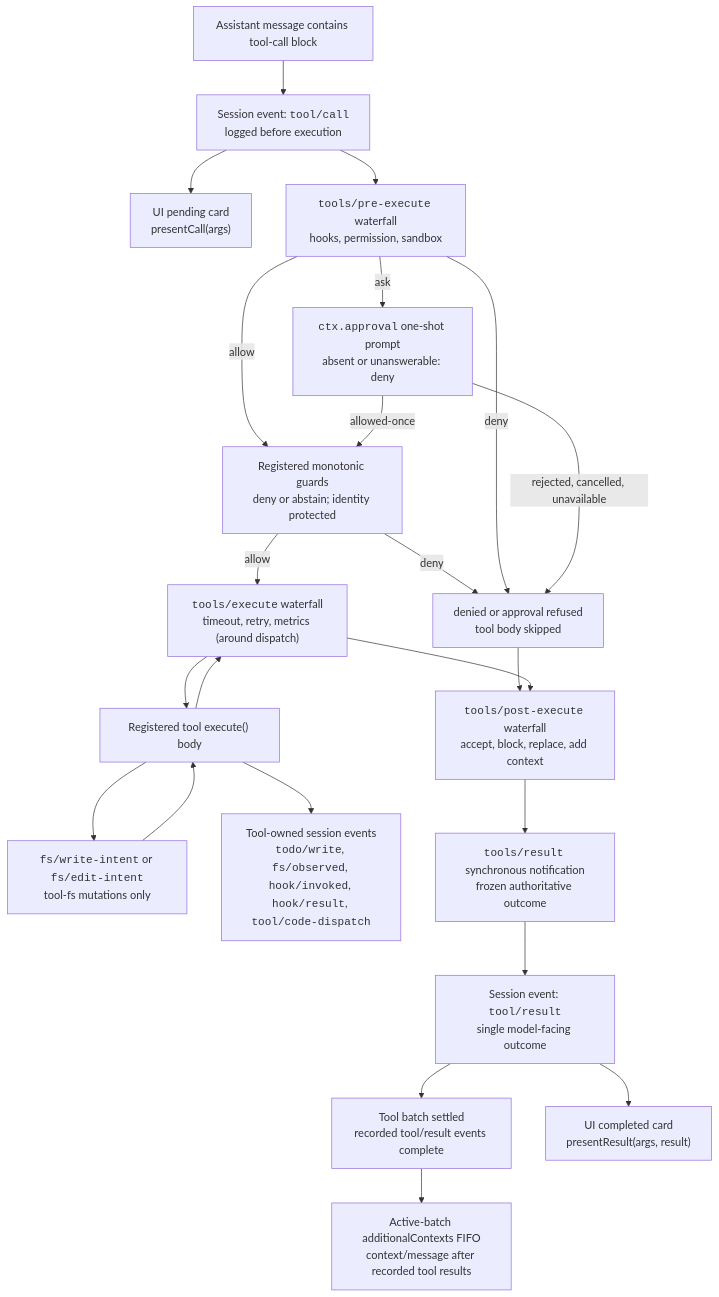
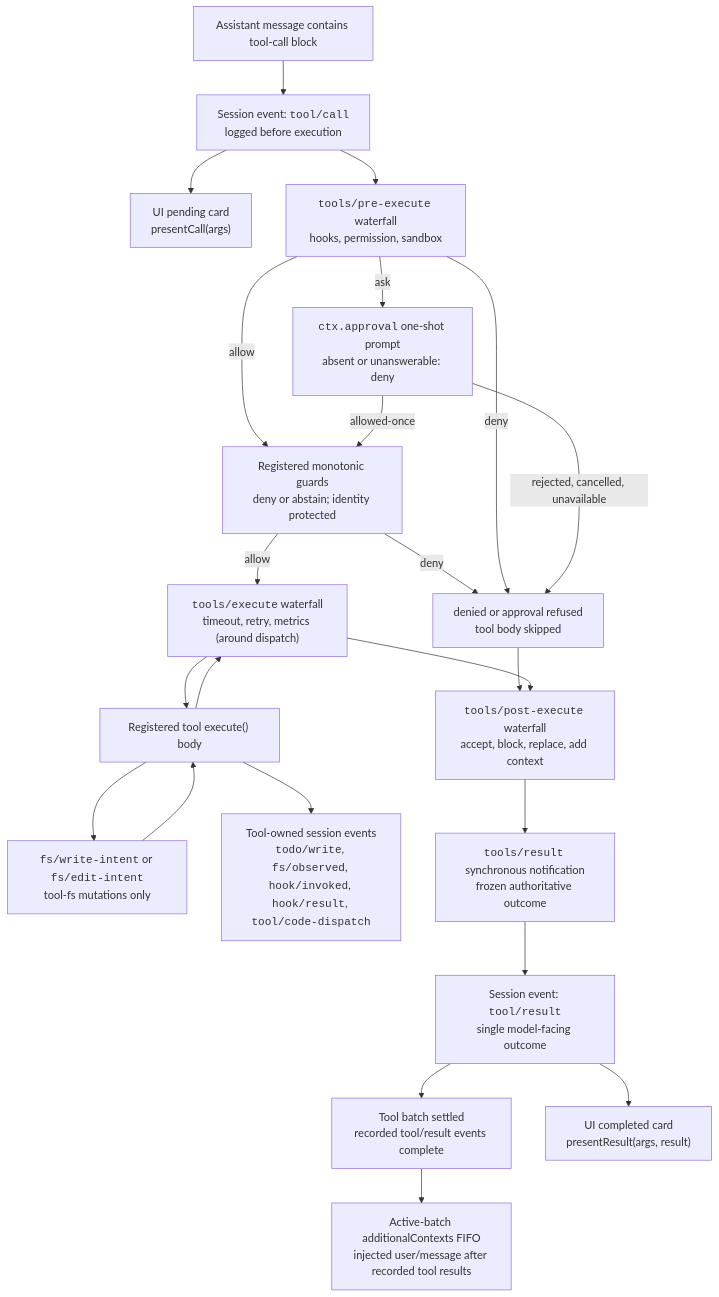
The diagram in docs/tool-execution-pipeline.md (007M7/DeepCode), drawn with Mermaid before and after one commit. The commit also changed 116 other files, not shown here.

First line of the commit message:
feat(agent): unify send(target × wakeup), coalesce context/message into user/message

````diff
--- a/docs/tool-execution-pipeline.md
+++ b/docs/tool-execution-pipeline.md
@@ -8,42 +8,42 @@
 ```mermaid
 flowchart TD
   model["Assistant message contains tool-call block"]
   toolCall["Session event: <code>tool/call</code><br/>logged before execution"]
   presentCall["UI pending card<br/>presentCall(args)"]
   pre["<code>tools/pre-execute</code> waterfall<br/>hooks, permission, sandbox"]
   guards["Registered monotonic guards<br/>deny or abstain; identity protected"]
   denied["denied or approval refused<br/>tool body skipped"]
   approval["<code>ctx.approval</code> one-shot prompt<br/>absent or unanswerable: deny"]
   around["<code>tools/execute</code> waterfall<br/>timeout, retry, metrics (around dispatch)"]
   toolBody["Registered tool execute() body"]
   fsGate["<code>fs/write-intent</code> or <code>fs/edit-intent</code><br/>tool-fs mutations only"]
   owned["Tool-owned session events<br/><code>todo/write</code>, <code>fs/observed</code>, <code>hook/invoked</code>, <code>hook/result</code>, <code>tool/code-dispatch</code>"]
   post["<code>tools/post-execute</code> waterfall<br/>accept, block, replace, add context"]
   final["<code>tools/result</code> synchronous notification<br/>frozen authoritative outcome"]
-  context["Active-batch additionalContexts FIFO<br/>context/message after recorded tool results"]
+  context["Active-batch additionalContexts FIFO<br/>injected user/message after recorded tool results"]
   toolResult["Session event: <code>tool/result</code><br/>single model-facing outcome"]
   allResults["Tool batch settled<br/>recorded tool/result events complete"]
   presentResult["UI completed card<br/>presentResult(args, result)"]
   model --> toolCall
   toolCall --> presentCall
   toolCall --> pre
   pre -->|allow| guards
   guards -->|allow| around
   guards -->|deny| denied
   around --> toolBody
   pre -->|deny| denied
   pre -->|ask| approval
   approval -->|allowed-once| guards
   approval -->|rejected, cancelled, unavailable| denied
   denied --> post
   toolBody --> fsGate
   fsGate --> toolBody
   toolBody --> owned
   toolBody --> around
   around --> post
   post --> final
   final --> toolResult
   toolResult --> presentResult
   toolResult --> allResults
   allResults --> context
 ```
````
